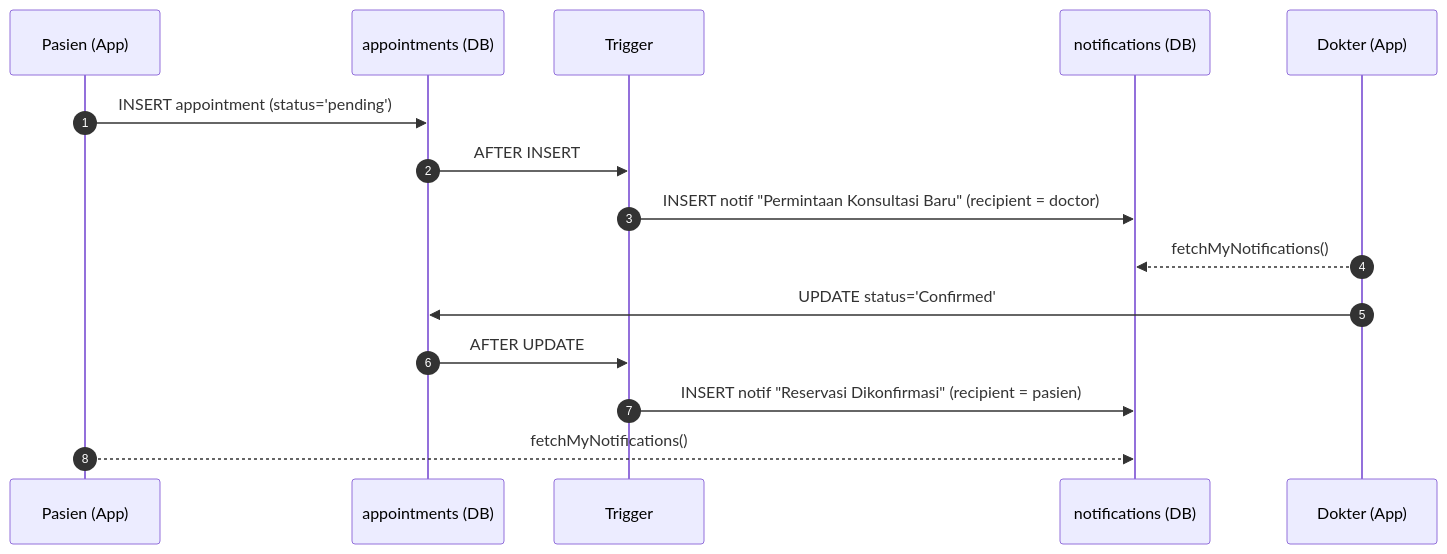
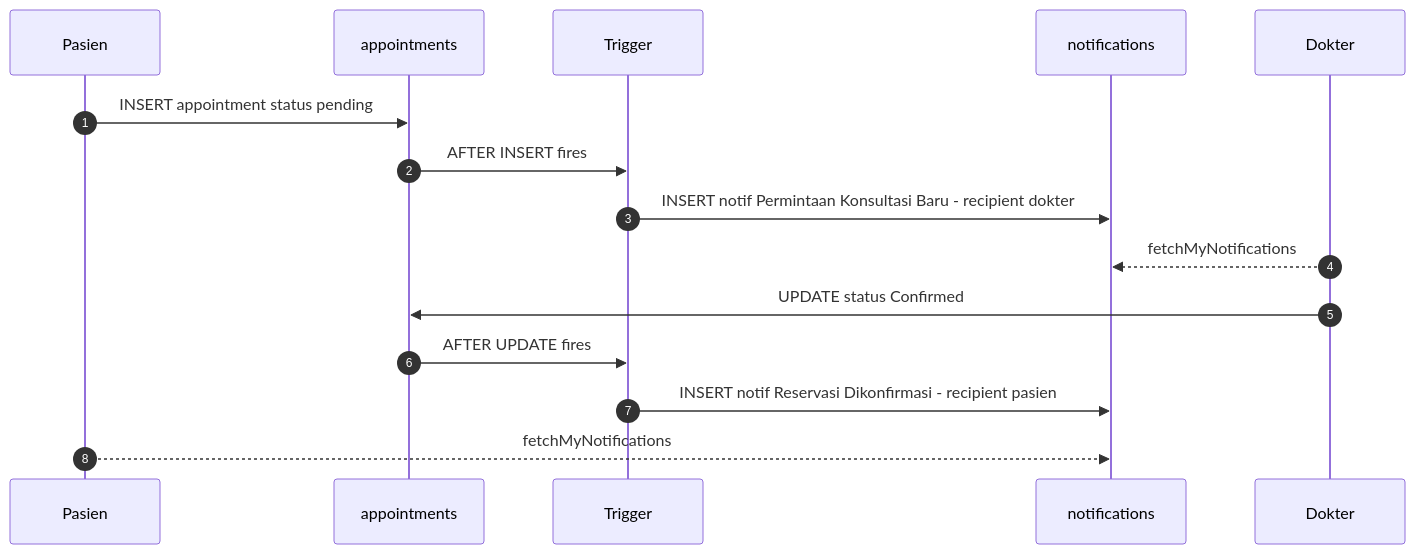
The second of 2 diagrams in README.md (Diyoncrz18/mad-healthcare), drawn with Mermaid before and after one commit. The commit also changed other lines of this file, not shown here.

Commit message:
fix(readme): use ASCII-safe chars in Mermaid diagrams for GitHub renderer

````diff
--- a/README.md
+++ b/README.md
@@ -191,19 +191,19 @@
 ```mermaid
 sequenceDiagram
     autonumber
-    participant P as Pasien (App)
-    participant A as appointments (DB)
+    participant P as Pasien
+    participant A as appointments
     participant T as Trigger
-    participant N as notifications (DB)
-    participant D as Dokter (App)
+    participant N as notifications
+    participant D as Dokter
 
-    P->>A: INSERT appointment (status='pending')
-    A->>T: AFTER INSERT
-    T->>N: INSERT notif "Permintaan Konsultasi Baru" (recipient = doctor)
-    D-->>N: fetchMyNotifications()
+    P->>A: INSERT appointment status pending
+    A->>T: AFTER INSERT fires
+    T->>N: INSERT notif Permintaan Konsultasi Baru - recipient dokter
+    D-->>N: fetchMyNotifications
 
-    D->>A: UPDATE status='Confirmed'
-    A->>T: AFTER UPDATE
-    T->>N: INSERT notif "Reservasi Dikonfirmasi" (recipient = pasien)
-    P-->>N: fetchMyNotifications()
+    D->>A: UPDATE status Confirmed
+    A->>T: AFTER UPDATE fires
+    T->>N: INSERT notif Reservasi Dikonfirmasi - recipient pasien
+    P-->>N: fetchMyNotifications
 ```
````
